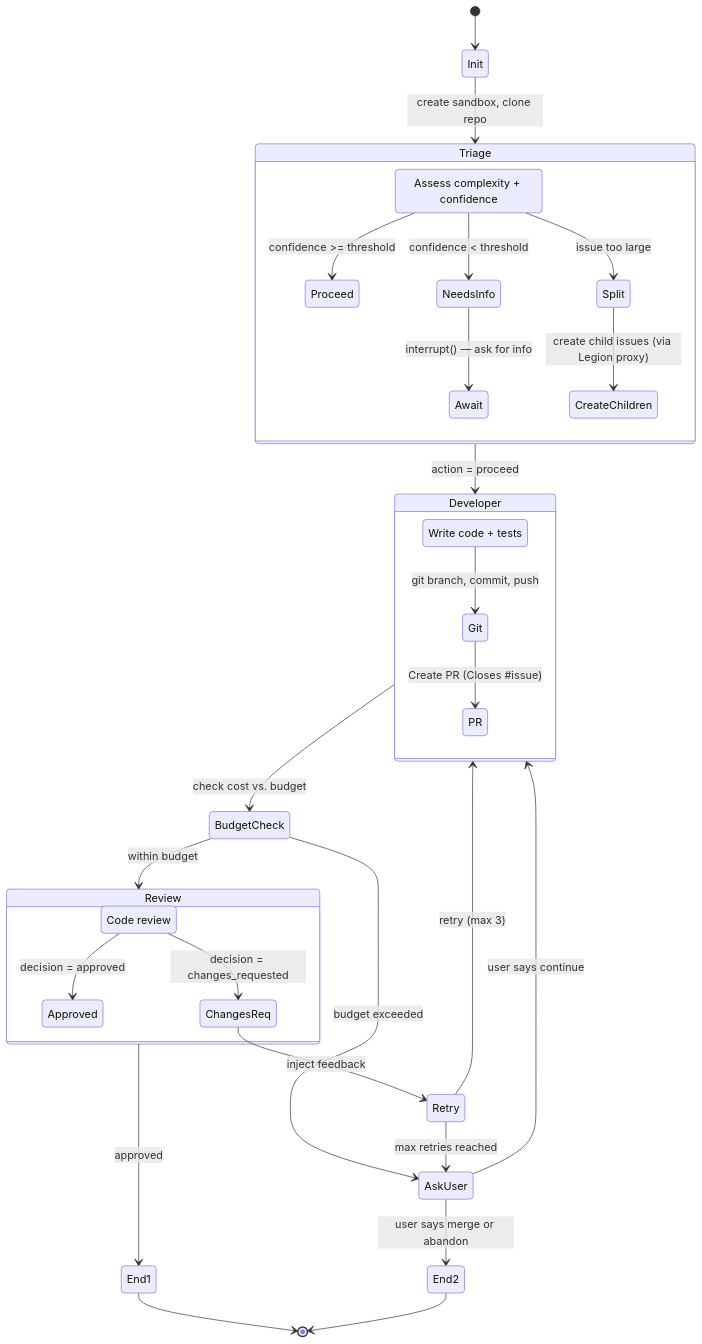
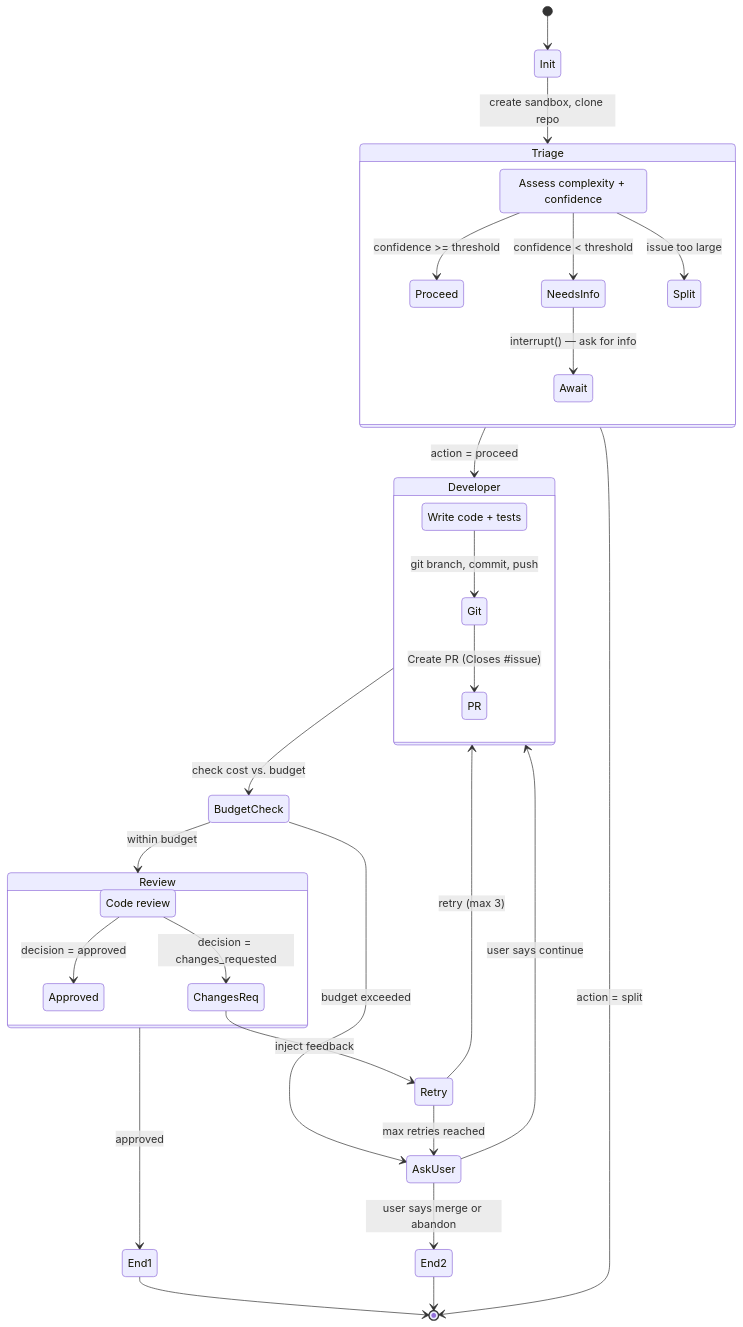
One commit to sudoTomas/embry0 changed the fifth of 10 diagrams in docs/architecture.md. Above: the diagram before and after it, drawn with Mermaid. The commit also changed other lines of this file, not shown here.

Commit message:
docs(architecture): bring architecture.md in line with Plans A–D (state/WS/errors/tasks)

````diff
--- a/docs/architecture.md
+++ b/docs/architecture.md
@@ -224,42 +230,42 @@
 ```mermaid
 stateDiagram-v2
     [*] --> Init
     Init --> Triage: create sandbox, clone repo
 
     state Triage {
         Assess: Assess complexity + confidence
         Assess --> Proceed: confidence >= threshold
         Assess --> NeedsInfo: confidence < threshold
         Assess --> Split: issue too large
         NeedsInfo --> Await: interrupt() — ask for info
-        Split --> CreateChildren: create child issues (via Legion proxy)
     }
 
     Triage --> Developer: action = proceed
+    Triage --> [*]: action = split
 
     state Developer {
         Code: Write code + tests
         Code --> Git: git branch, commit, push
         Git --> PR: Create PR (Closes #issue)
     }
 
     Developer --> BudgetCheck: check cost vs. budget
     BudgetCheck --> Review: within budget
     BudgetCheck --> AskUser: budget exceeded
 
     state Review {
         Assess2: Code review
         Assess2 --> Approved: decision = approved
         Assess2 --> ChangesReq: decision = changes_requested
     }
 
     Review --> End1: approved
     ChangesReq --> Retry: inject feedback
     Retry --> Developer: retry (max 3)
     Retry --> AskUser: max retries reached
     AskUser --> Developer: user says continue
     AskUser --> End2: user says merge or abandon
 
     End1 --> [*]
     End2 --> [*]
 ```
````
